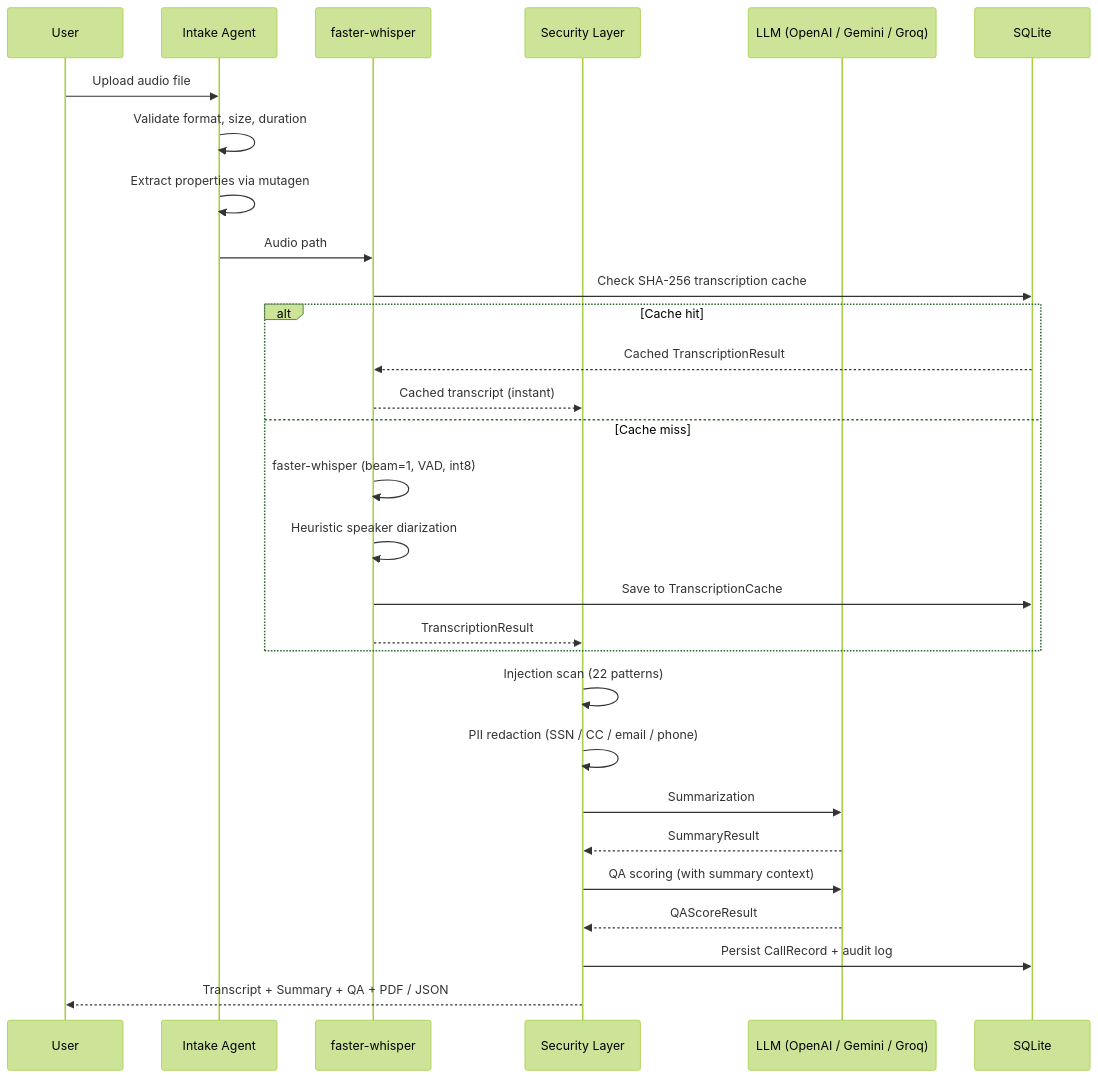
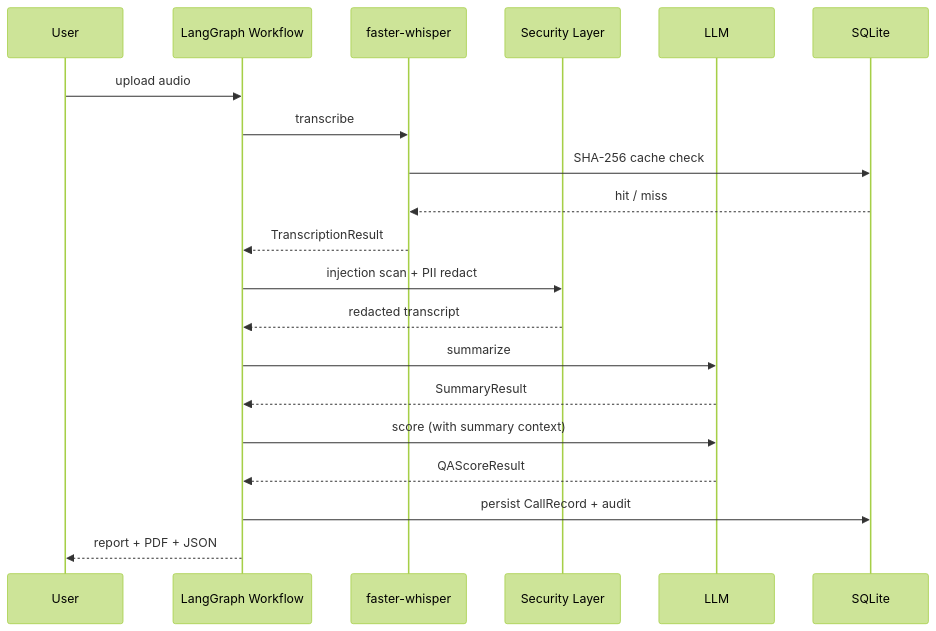
The second of 2 diagrams in README.md (soubaibiomar/call-center-audio-analysis), drawn with Mermaid (forest theme) before and after one commit. The commit also changed other lines of this file and 1 other file, not shown here.

````diff
--- a/README.md
+++ b/README.md
@@ -139,36 +181,23 @@
 ```mermaid
 sequenceDiagram
     participant U as User
-    participant I as Intake Agent
-    participant W as faster-whisper
-    participant S as Security Layer
-    participant L as LLM (OpenAI / Gemini / Groq)
-    participant D as SQLite
+    participant W as LangGraph Workflow
+    participant Whisper as faster-whisper
+    participant Sec as Security Layer
+    participant L as LLM
+    participant DB as SQLite
 
-    U->>I: Upload audio file
-    I->>I: Validate format, size, duration
-    I->>I: Extract properties via mutagen
-    I->>W: Audio path
-
-    W->>D: Check SHA-256 transcription cache
-    alt Cache hit
-        D-->>W: Cached TranscriptionResult
-        W-->>S: Cached transcript (instant)
-    else Cache miss
-        W->>W: faster-whisper (beam=1, VAD, int8)
-        W->>W: Heuristic speaker diarization
-        W->>D: Save to TranscriptionCache
-        W-->>S: TranscriptionResult
-    end
-
-    S->>S: Injection scan (22 patterns)
-    S->>S: PII redaction (SSN / CC / email / phone)
-
-    S->>L: Summarization
-    L-->>S: SummaryResult
-    S->>L: QA scoring (with summary context)
-    L-->>S: QAScoreResult
-
-    S->>D: Persist CallRecord + audit log
-    S-->>U: Transcript + Summary + QA + PDF / JSON
+    U->>W: upload audio
+    W->>Whisper: transcribe
+    Whisper->>DB: SHA-256 cache check
+    DB-->>Whisper: hit / miss
+    Whisper-->>W: TranscriptionResult
+    W->>Sec: injection scan + PII redact
+    Sec-->>W: redacted transcript
+    W->>L: summarize
+    L-->>W: SummaryResult
+    W->>L: score (with summary context)
+    L-->>W: QAScoreResult
+    W->>DB: persist CallRecord + audit
+    W-->>U: report + PDF + JSON
 ```
````
